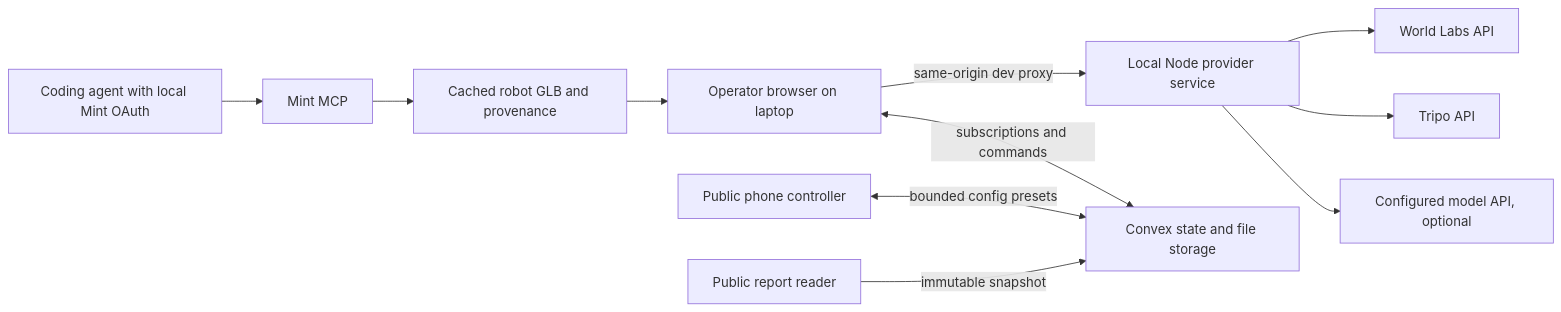
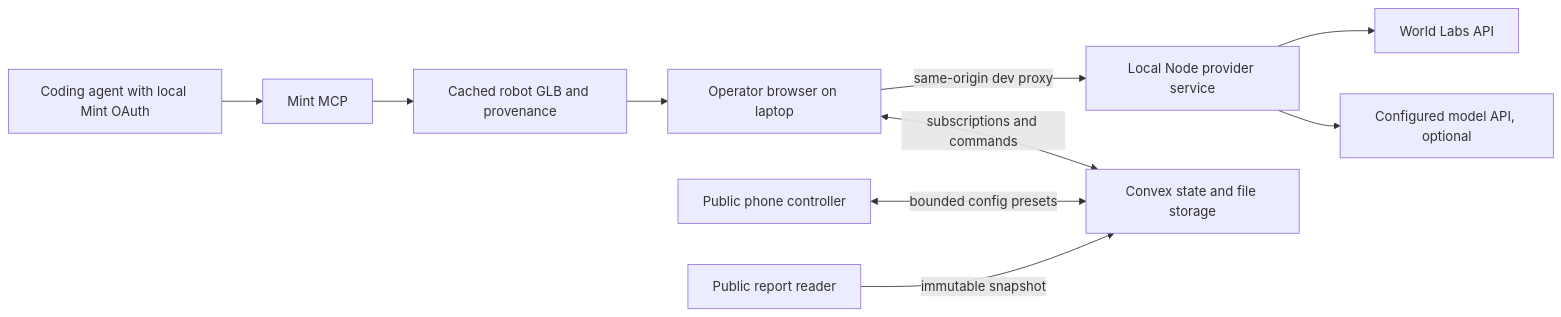
The diagram in README.md (psagar29/Blindspot), drawn with Mermaid before and after one commit. The commit also changed other lines of this file and 23 other files, not shown here.

````diff
--- a/README.md
+++ b/README.md
@@ -126,13 +126,12 @@
 ```mermaid
 flowchart LR
   O[Operator browser on laptop] -->|same-origin dev proxy| L[Local Node provider service]
   L --> W[World Labs API]
-  L --> T[Tripo API]
   L --> M[Configured model API, optional]
   O <-->|subscriptions and commands| C[Convex state and file storage]
   P[Public phone controller] <-->|bounded config presets| C
   R[Public report reader] -->|immutable snapshot| C
   A[Coding agent with local Mint OAuth] --> N[Mint MCP]
   N --> G[Cached robot GLB and provenance]
   G --> O
 ```
````
